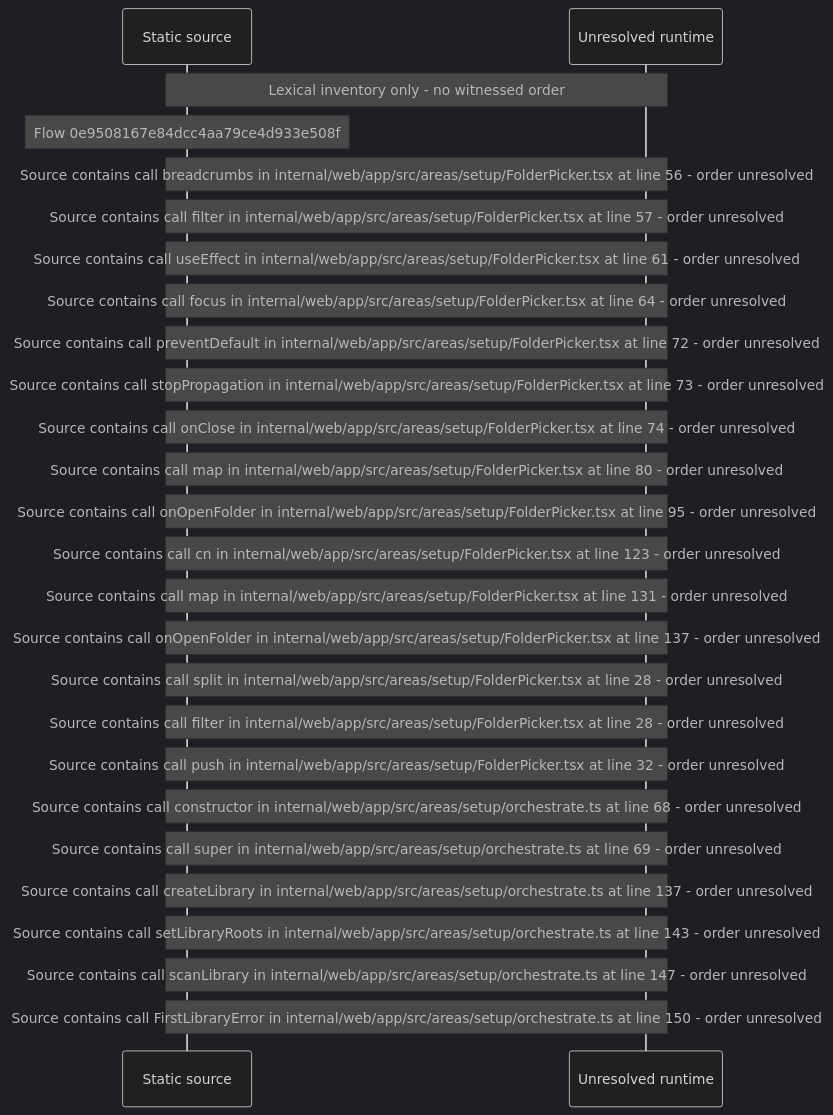
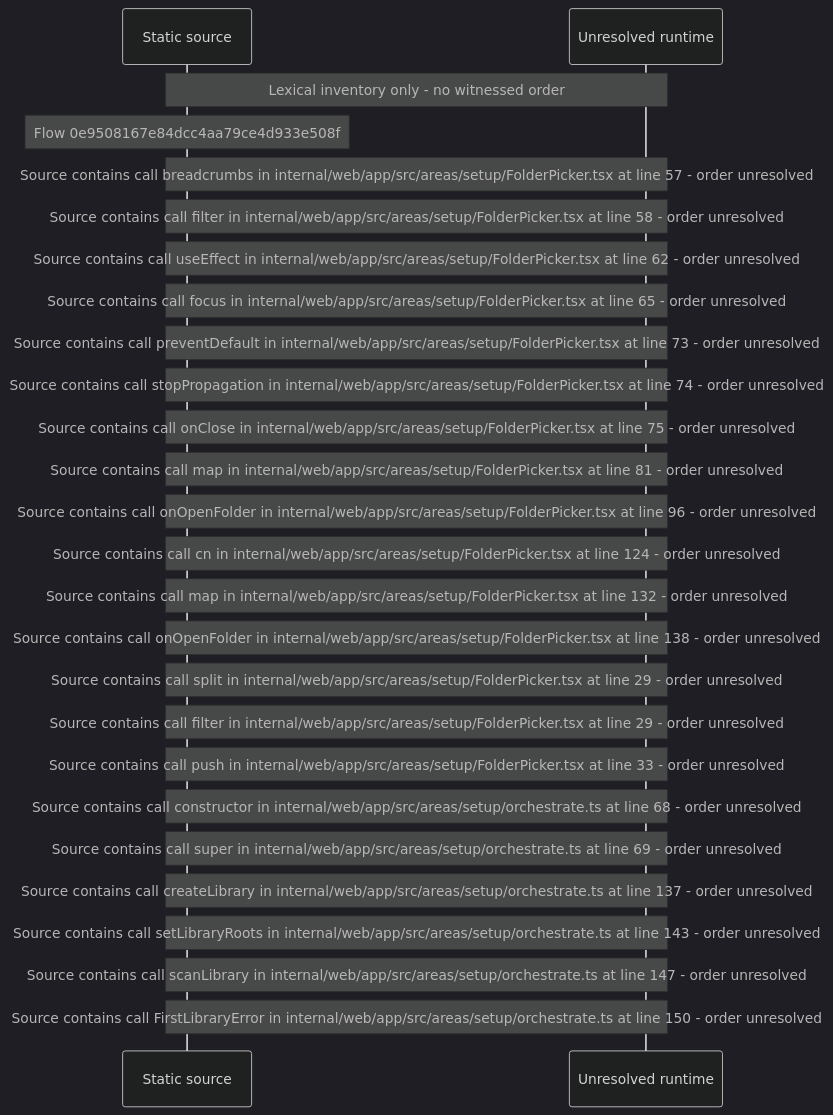
The diagram in docs/web/flows/generated/0e9508167e84dcc4aa79ce4d933e508f/flow-diagram.md (beamfall/core), drawn with Mermaid (dark theme) before and after one commit. The commit also changed other lines of this file and 715 other files, not shown here.

Commit message:
Regenerate the web flow record on the landing stack head (CORE-1762)

````diff
--- a/docs/web/flows/generated/0e9508167e84dcc4aa79ce4d933e508f/flow-diagram.md
+++ b/docs/web/flows/generated/0e9508167e84dcc4aa79ce4d933e508f/flow-diagram.md
@@ -10,28 +10,28 @@
 ```mermaid
 sequenceDiagram
     participant S as Static source
     participant U as Unresolved runtime
     Note over S,U: Lexical inventory only - no witnessed order
     Note over S: Flow 0e9508167e84dcc4aa79ce4d933e508f
-    Note over S,U: Source contains call breadcrumbs in internal/web/app/src/areas/setup/FolderPicker.tsx at line 56 - order unresolved
-    Note over S,U: Source contains call filter in internal/web/app/src/areas/setup/FolderPicker.tsx at line 57 - order unresolved
-    Note over S,U: Source contains call useEffect in internal/web/app/src/areas/setup/FolderPicker.tsx at line 61 - order unresolved
-    Note over S,U: Source contains call focus in internal/web/app/src/areas/setup/FolderPicker.tsx at line 64 - order unresolved
-    Note over S,U: Source contains call preventDefault in internal/web/app/src/areas/setup/FolderPicker.tsx at line 72 - order unresolved
-    Note over S,U: Source contains call stopPropagation in internal/web/app/src/areas/setup/FolderPicker.tsx at line 73 - order unresolved
-    Note over S,U: Source contains call onClose in internal/web/app/src/areas/setup/FolderPicker.tsx at line 74 - order unresolved
-    Note over S,U: Source contains call map in internal/web/app/src/areas/setup/FolderPicker.tsx at line 80 - order unresolved
-    Note over S,U: Source contains call onOpenFolder in internal/web/app/src/areas/setup/FolderPicker.tsx at line 95 - order unresolved
-    Note over S,U: Source contains call cn in internal/web/app/src/areas/setup/FolderPicker.tsx at line 123 - order unresolved
-    Note over S,U: Source contains call map in internal/web/app/src/areas/setup/FolderPicker.tsx at line 131 - order unresolved
-    Note over S,U: Source contains call onOpenFolder in internal/web/app/src/areas/setup/FolderPicker.tsx at line 137 - order unresolved
-    Note over S,U: Source contains call split in internal/web/app/src/areas/setup/FolderPicker.tsx at line 28 - order unresolved
-    Note over S,U: Source contains call filter in internal/web/app/src/areas/setup/FolderPicker.tsx at line 28 - order unresolved
-    Note over S,U: Source contains call push in internal/web/app/src/areas/setup/FolderPicker.tsx at line 32 - order unresolved
+    Note over S,U: Source contains call breadcrumbs in internal/web/app/src/areas/setup/FolderPicker.tsx at line 57 - order unresolved
+    Note over S,U: Source contains call filter in internal/web/app/src/areas/setup/FolderPicker.tsx at line 58 - order unresolved
+    Note over S,U: Source contains call useEffect in internal/web/app/src/areas/setup/FolderPicker.tsx at line 62 - order unresolved
+    Note over S,U: Source contains call focus in internal/web/app/src/areas/setup/FolderPicker.tsx at line 65 - order unresolved
+    Note over S,U: Source contains call preventDefault in internal/web/app/src/areas/setup/FolderPicker.tsx at line 73 - order unresolved
+    Note over S,U: Source contains call stopPropagation in internal/web/app/src/areas/setup/FolderPicker.tsx at line 74 - order unresolved
+    Note over S,U: Source contains call onClose in internal/web/app/src/areas/setup/FolderPicker.tsx at line 75 - order unresolved
+    Note over S,U: Source contains call map in internal/web/app/src/areas/setup/FolderPicker.tsx at line 81 - order unresolved
+    Note over S,U: Source contains call onOpenFolder in internal/web/app/src/areas/setup/FolderPicker.tsx at line 96 - order unresolved
+    Note over S,U: Source contains call cn in internal/web/app/src/areas/setup/FolderPicker.tsx at line 124 - order unresolved
+    Note over S,U: Source contains call map in internal/web/app/src/areas/setup/FolderPicker.tsx at line 132 - order unresolved
+    Note over S,U: Source contains call onOpenFolder in internal/web/app/src/areas/setup/FolderPicker.tsx at line 138 - order unresolved
+    Note over S,U: Source contains call split in internal/web/app/src/areas/setup/FolderPicker.tsx at line 29 - order unresolved
+    Note over S,U: Source contains call filter in internal/web/app/src/areas/setup/FolderPicker.tsx at line 29 - order unresolved
+    Note over S,U: Source contains call push in internal/web/app/src/areas/setup/FolderPicker.tsx at line 33 - order unresolved
     Note over S,U: Source contains call constructor in internal/web/app/src/areas/setup/orchestrate.ts at line 68 - order unresolved
     Note over S,U: Source contains call super in internal/web/app/src/areas/setup/orchestrate.ts at line 69 - order unresolved
     Note over S,U: Source contains call createLibrary in internal/web/app/src/areas/setup/orchestrate.ts at line 137 - order unresolved
     Note over S,U: Source contains call setLibraryRoots in internal/web/app/src/areas/setup/orchestrate.ts at line 143 - order unresolved
     Note over S,U: Source contains call scanLibrary in internal/web/app/src/areas/setup/orchestrate.ts at line 147 - order unresolved
     Note over S,U: Source contains call FirstLibraryError in internal/web/app/src/areas/setup/orchestrate.ts at line 150 - order unresolved
 ```
````
